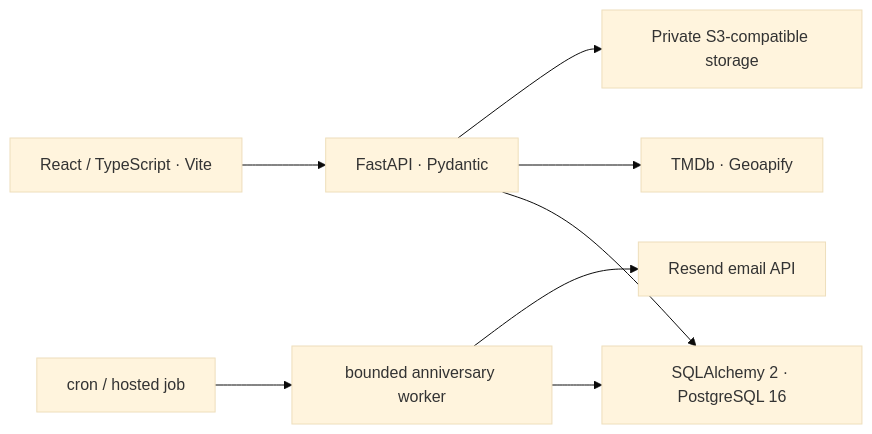
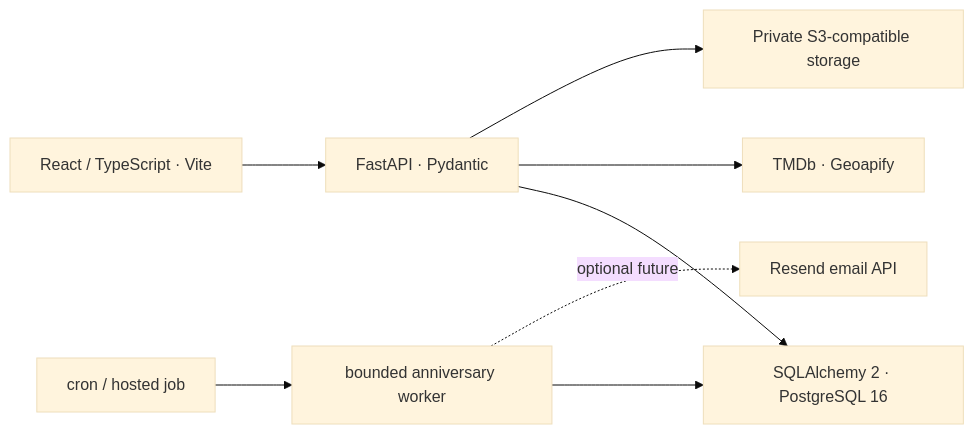
One commit to RajRaghupatruni/movie-journal changed the diagram in docs/TARGET_ARCHITECTURE.md. Above: the diagram before and after it, drawn with Mermaid (base theme). The commit also changed other lines of this file and 15 other files, not shown here.

````diff
--- a/docs/TARGET_ARCHITECTURE.md
+++ b/docs/TARGET_ARCHITECTURE.md
@@ -5,10 +5,10 @@
 ```mermaid
 flowchart LR
   UI[React / TypeScript · Vite] --> API[FastAPI · Pydantic]
   API --> SQL[SQLAlchemy 2 · PostgreSQL 16]
   API --> Providers[TMDb · Geoapify]
   API --> Media[Private S3-compatible storage]
   Scheduler[cron / hosted job] --> Worker[bounded anniversary worker]
   Worker --> SQL
-  Worker --> Resend[Resend email API]
+  Worker -. optional future .-> Resend[Resend email API]
 ```
````
